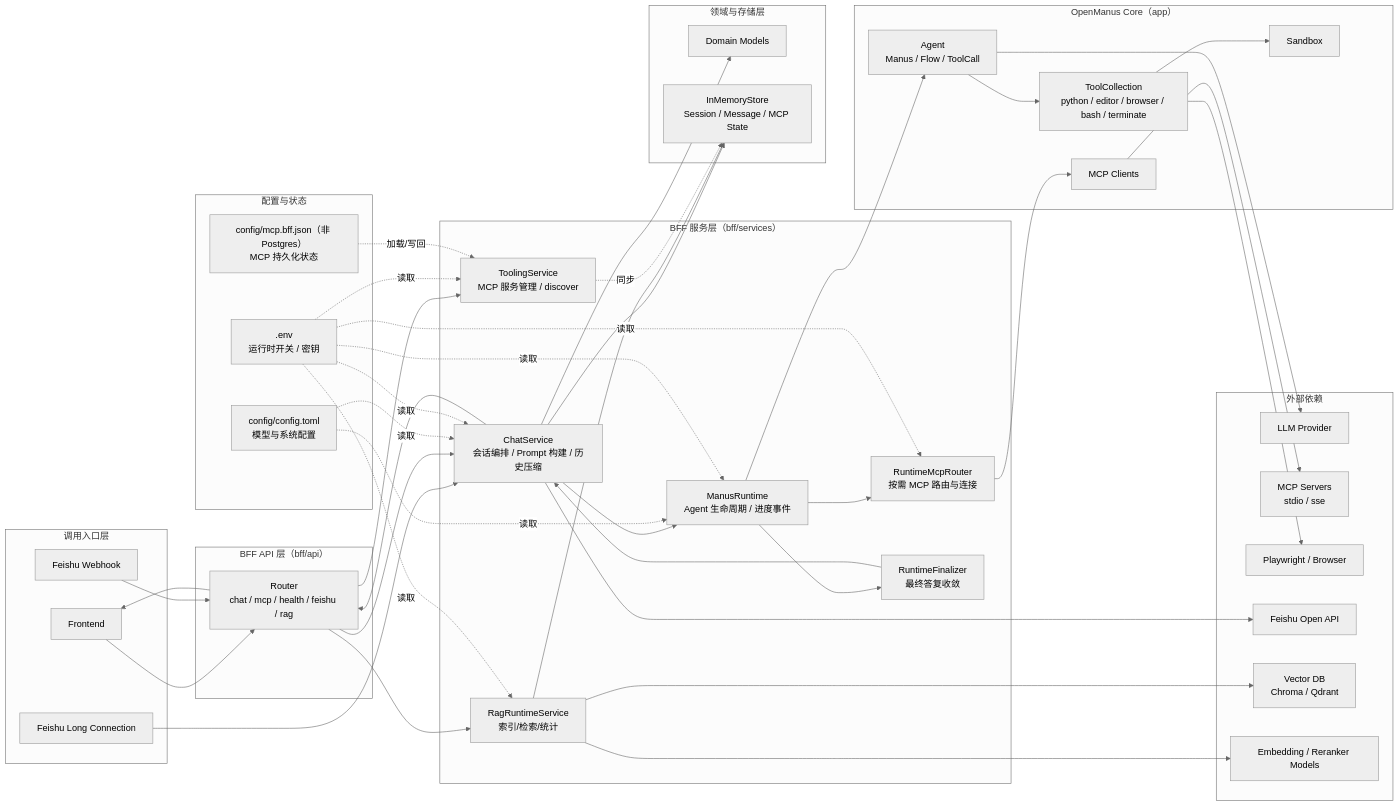
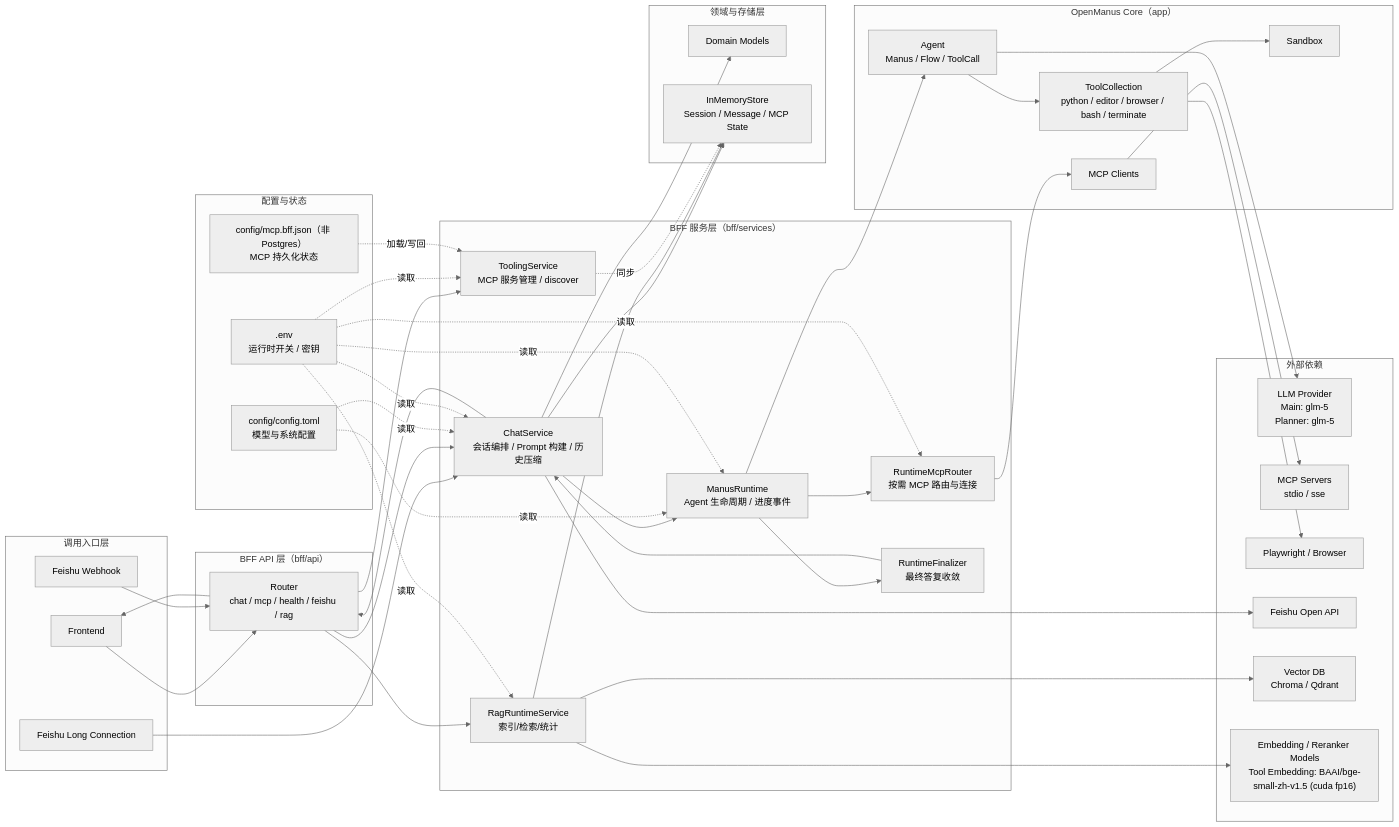
The first of 4 diagrams in README.md (paiad/Leo), drawn with Mermaid (neutral theme) before and after one commit. The commit also changed other lines of this file and 4 other files, not shown here.

Commit message:
Docs: update workflow diagrams and MCP routing notes

```diff
--- a/README.md
+++ b/README.md
@@ -85,12 +85,12 @@
     end
 
     subgraph External["外部依赖"]
-        LLM[LLM Provider]
+        LLM["LLM Provider<br/>Main: glm-5<br/>Planner: glm-5"]
         MCPS[MCP Servers<br/>stdio / sse]
         PW[Playwright / Browser]
         FSAPI[Feishu Open API]
         VDB[Vector DB<br/>Chroma / Qdrant]
-        EMB[Embedding / Reranker Models]
+        EMB["Embedding / Reranker Models<br/>Tool Embedding: BAAI/bge-small-zh-v1.5 (cuda fp16)"]
     end
 
     subgraph ConfigState["配置与状态"]
```
